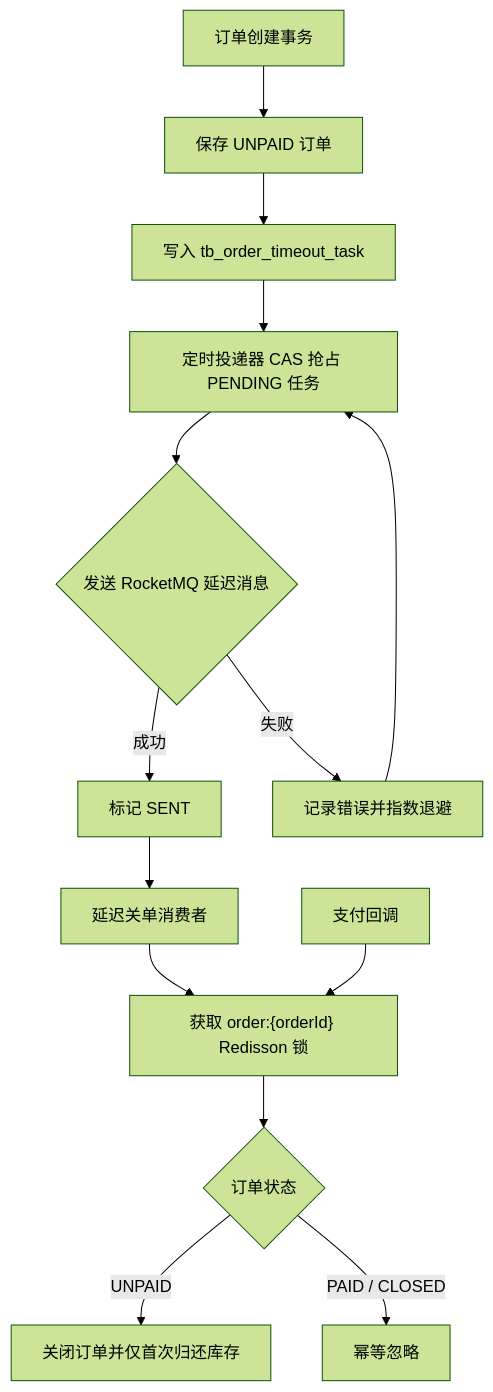
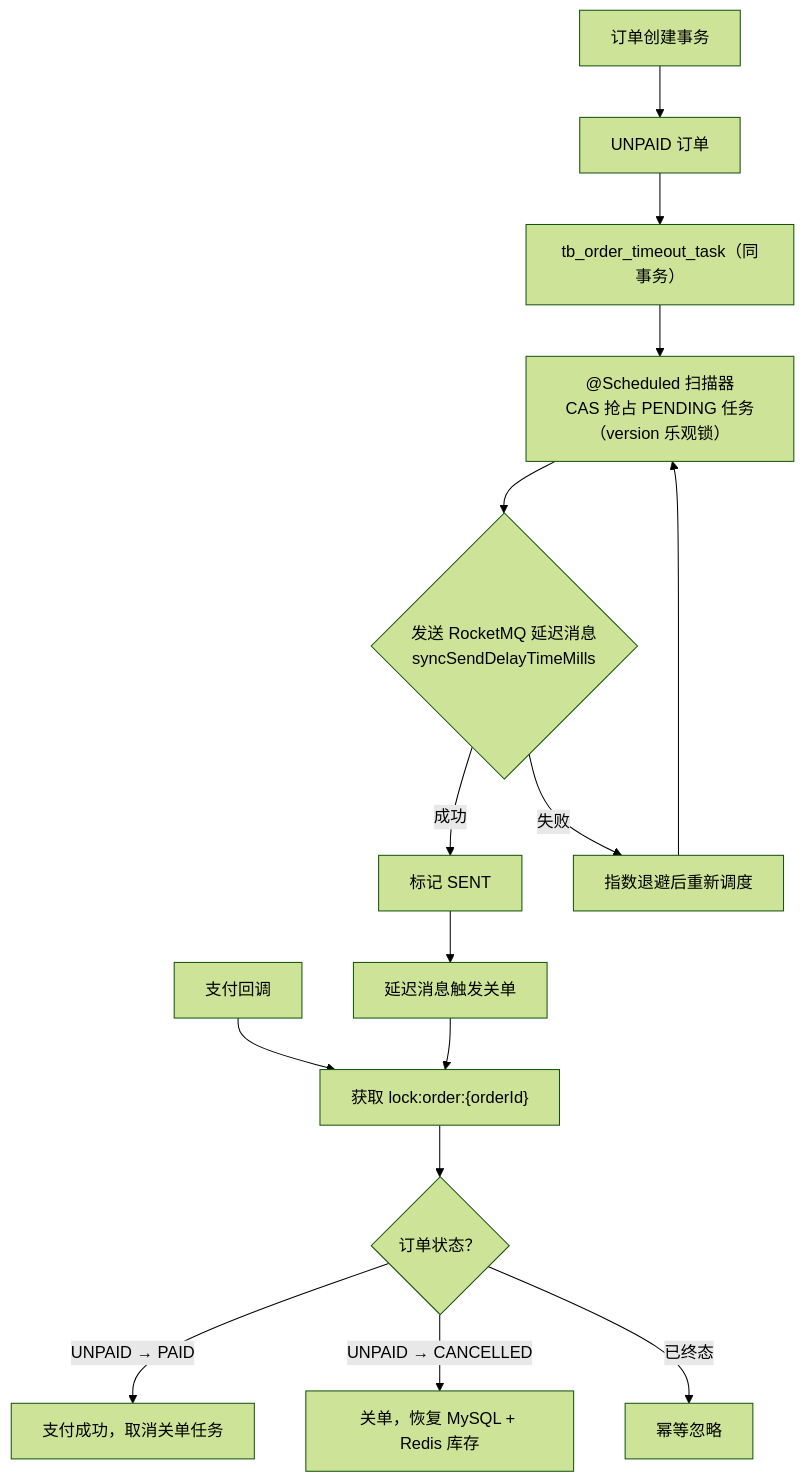
Before and after one commit to llyyyq/niche-review: the third of 5 diagrams in README.md, drawn with Mermaid (forest theme). The commit also changed other lines of this file and 44 other files, not shown here.

````diff
--- a/README.md
+++ b/README.md
@@ -123,16 +159,17 @@
 ```mermaid
 flowchart TD
-    A["订单创建事务"] --> B["保存 UNPAID 订单"]
-    B --> C["写入 tb_order_timeout_task"]
-    C --> D["定时投递器 CAS 抢占 PENDING 任务"]
-    D --> E{"发送 RocketMQ 延迟消息"}
+    A["订单创建事务"] --> B["UNPAID 订单"]
+    B --> C["tb_order_timeout_task（同事务）"]
+    C --> D["@Scheduled 扫描器\nCAS 抢占 PENDING 任务（version 乐观锁）"]
+    D --> E{"发送 RocketMQ 延迟消息\nsyncSendDelayTimeMills"}
     E -- "成功" --> F["标记 SENT"]
-    E -- "失败" --> G["记录错误并指数退避"]
+    E -- "失败" --> G["指数退避后重新调度"]
     G --> D
-    F --> H["延迟关单消费者"]
-    H --> I["获取 order:{orderId} Redisson 锁"]
-    I --> J{"订单状态"}
-    J -- "UNPAID" --> K["关闭订单并仅首次归还库存"]
-    J -- "PAID / CLOSED" --> L["幂等忽略"]
-    P["支付回调"] --> I
+    F --> H["延迟消息触发关单"]
+    P["支付回调"] --> I["获取 lock:order:{orderId}"]
+    H --> I
+    I --> J{"订单状态？"}
+    J -- "UNPAID → PAID" --> K["支付成功，取消关单任务"]
+    J -- "UNPAID → CANCELLED" --> L["关单，恢复 MySQL + Redis 库存"]
+    J -- "已终态" --> M["幂等忽略"]
 ```
````
